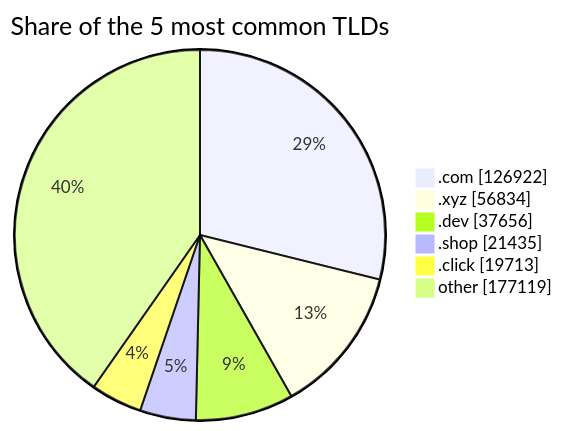
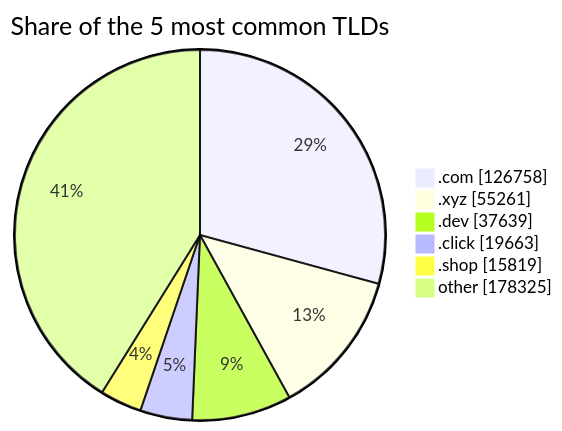
Before and after one commit to DNSBunker/CTI: the third of 3 diagrams in README.md, drawn with Mermaid. The commit also changed other lines of this file and 3 other files, not shown here.

````diff
--- a/README.md
+++ b/README.md
@@ -81,9 +81,9 @@
 ```mermaid
 pie showData title Share of the 5 most common TLDs
-    ".com" : 126922
-    ".xyz" : 56834
-    ".dev" : 37656
-    ".shop" : 21435
-    ".click" : 19713
-    "other" : 177119
+    ".com" : 126758
+    ".xyz" : 55261
+    ".dev" : 37639
+    ".click" : 19663
+    ".shop" : 15819
+    "other" : 178325
 ```
````
